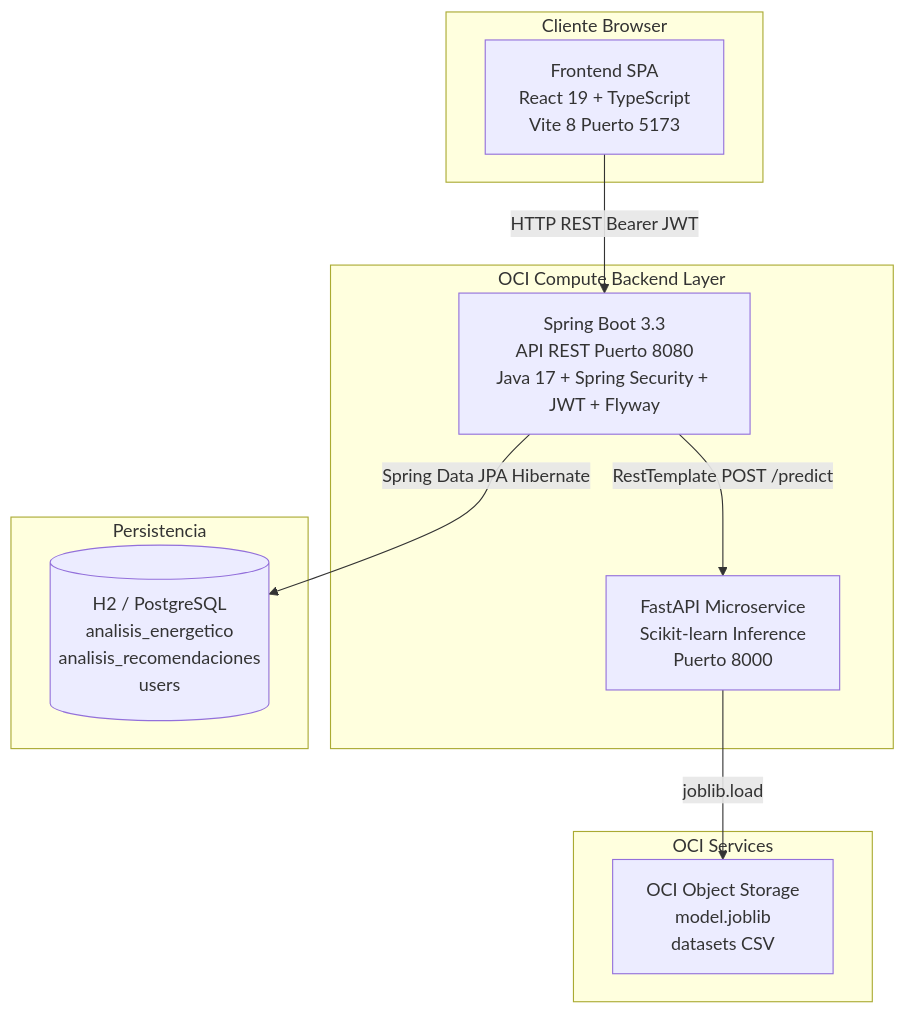
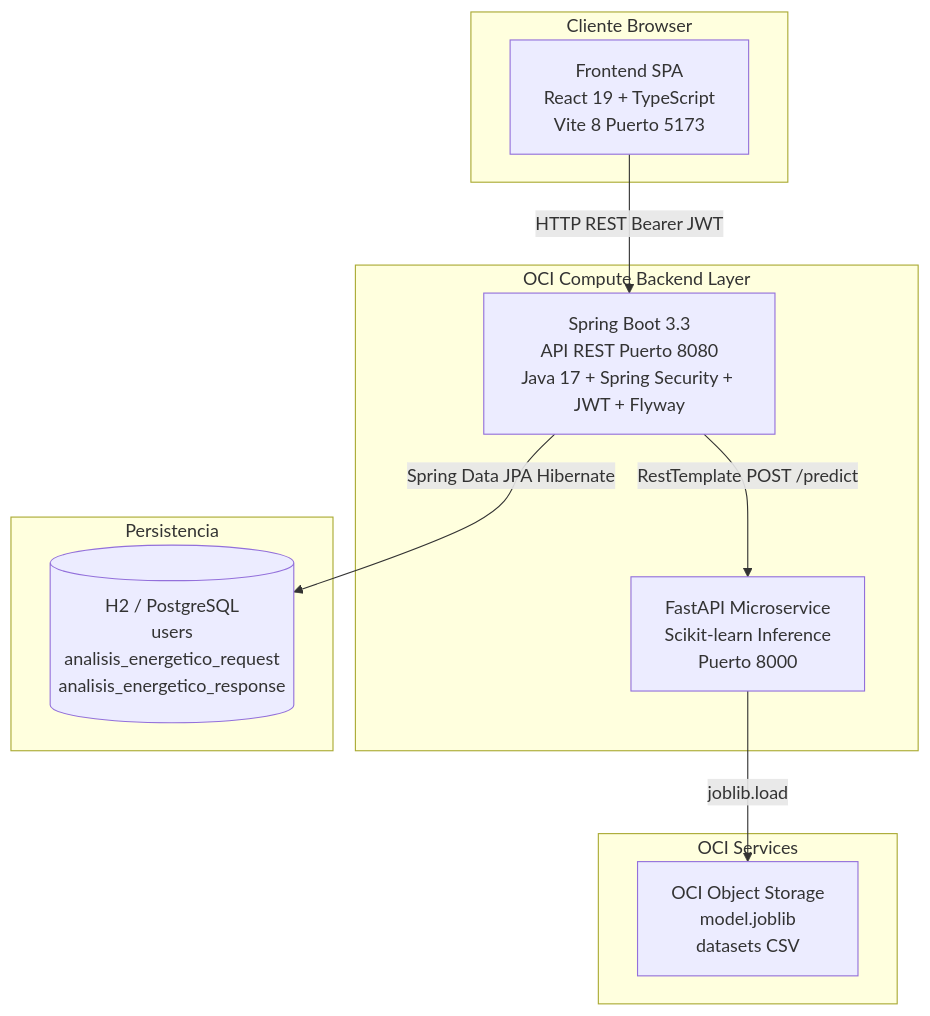
The first of 16 diagrams in DOCUMENTACION_TECNICA.md (No-Country-simulation/G9-LATAM-TEAM-60), drawn with Mermaid before and after one commit. The commit also changed other lines of this file and 2 other files, not shown here.

Commit message:
docs(frontend): actualizar Frontend/README.md, README.md y diagramas Mermaid con arquitectura relacional de 3 tablas y modelo de Regresión Logística

````diff
--- a/DOCUMENTACION_TECNICA.md
+++ b/DOCUMENTACION_TECNICA.md
@@ -436,24 +435,24 @@
 ```mermaid
 graph TB
     subgraph "Cliente Browser"
         FE["Frontend SPA\nReact 19 + TypeScript\nVite 8 Puerto 5173"]
     end
 
     subgraph "OCI Compute Backend Layer"
         BE["Spring Boot 3.3\nAPI REST Puerto 8080\nJava 17 + Spring Security + JWT + Flyway"]
         ML["FastAPI Microservice\nScikit-learn Inference\nPuerto 8000"]
     end
 
     subgraph "Persistencia"
-        DB[("H2 / PostgreSQL\nanalisis_energetico\nanalisis_recomendaciones\nusers")]
+        DB[("H2 / PostgreSQL\nusers\nanalisis_energetico_request\nanalisis_energetico_response")]
     end
 
     subgraph "OCI Services"
         OBJ["OCI Object Storage\nmodel.joblib\ndatasets CSV"]
     end
 
     FE -- "HTTP REST Bearer JWT" --> BE
     BE -- "RestTemplate POST /predict" --> ML
     ML -- "joblib.load" --> OBJ
     BE -- "Spring Data JPA Hibernate" --> DB
 ```
````
